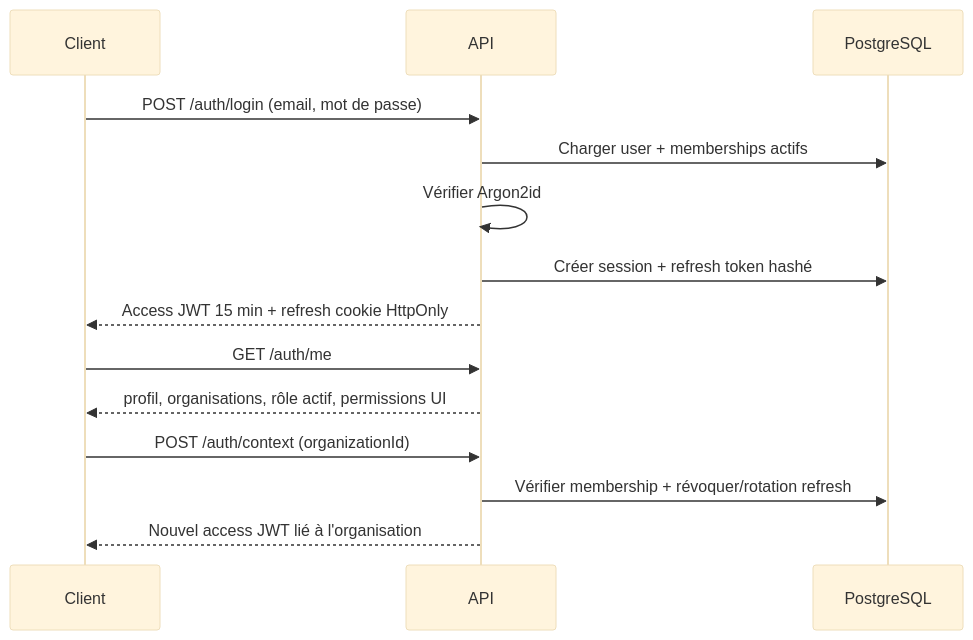
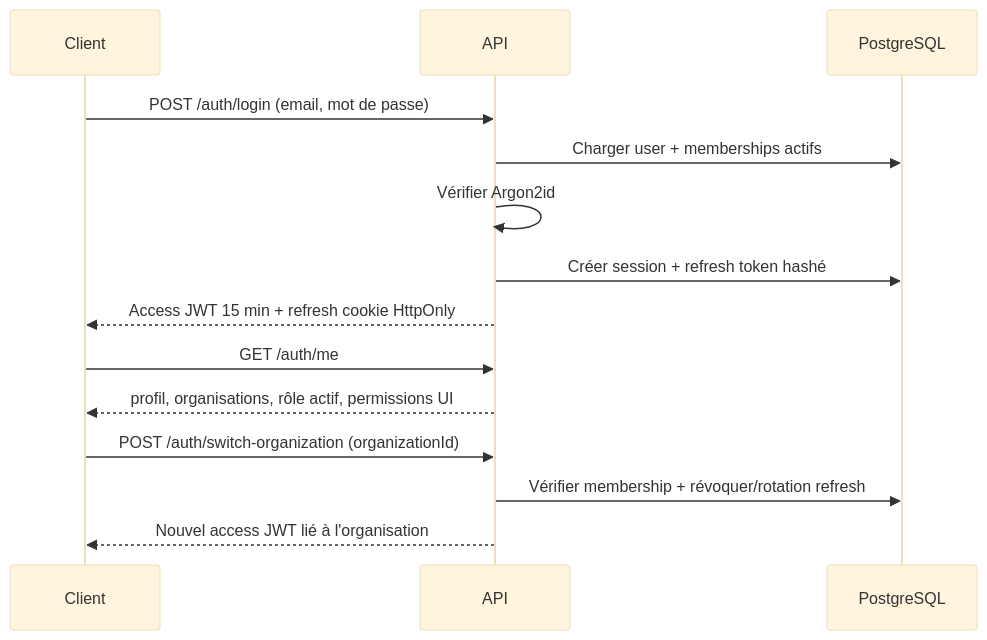
Before and after one commit to Mouad-El-Aouiz/EventPulse-Analytics: the fourth of 5 diagrams in docs/phase-3-architecture/ARCHITECTURE_OVERVIEW.md, drawn with Mermaid (base theme). The commit also changed other lines of this file and 94 other files, not shown here.

````diff
--- a/docs/phase-3-architecture/ARCHITECTURE_OVERVIEW.md
+++ b/docs/phase-3-architecture/ARCHITECTURE_OVERVIEW.md
@@ -272,16 +272,16 @@
 ```mermaid
 sequenceDiagram
     participant C as Client
     participant A as API
     participant DB as PostgreSQL
     C->>A: POST /auth/login (email, mot de passe)
     A->>DB: Charger user + memberships actifs
     A->>A: Vérifier Argon2id
     A->>DB: Créer session + refresh token hashé
     A-->>C: Access JWT 15 min + refresh cookie HttpOnly
     C->>A: GET /auth/me
     A-->>C: profil, organisations, rôle actif, permissions UI
-    C->>A: POST /auth/context (organizationId)
+    C->>A: POST /auth/switch-organization (organizationId)
     A->>DB: Vérifier membership + révoquer/rotation refresh
     A-->>C: Nouvel access JWT lié à l'organisation
 ```
````
